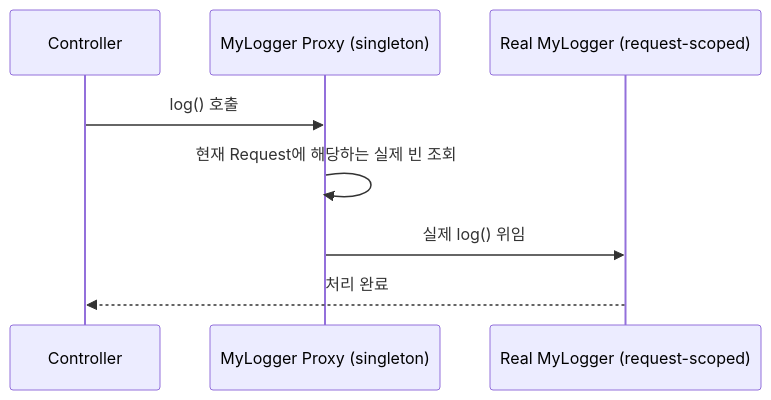
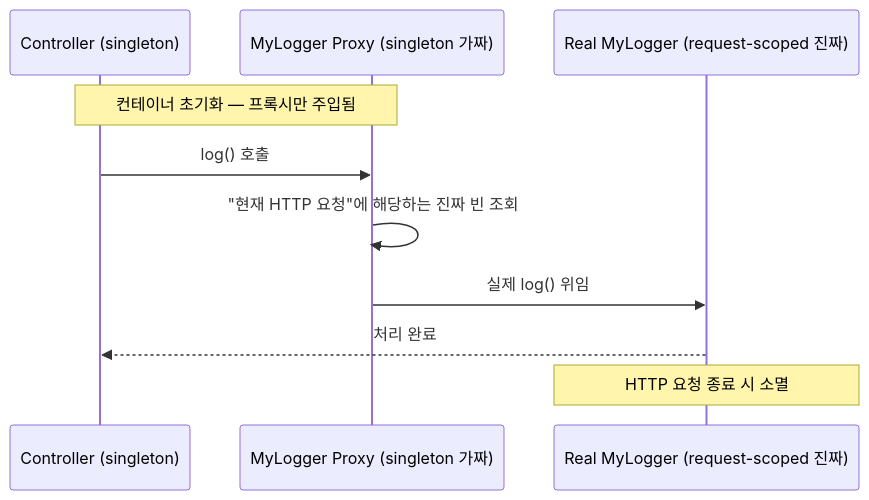
The tenth of 13 diagrams in _posts/spring/2026-05-02-spring-core-basic.md (yjkim2015/yjkim2015.github.io), drawn with Mermaid before and after one commit. The commit also changed other lines of this file and 32 other files, not shown here.

````diff
--- a/_posts/spring/2026-05-02-spring-core-basic.md
+++ b/_posts/spring/2026-05-02-spring-core-basic.md
@@ -671,11 +761,13 @@
 ```mermaid
 sequenceDiagram
-    participant C as Controller
-    participant P as MyLogger Proxy (singleton)
-    participant R as Real MyLogger (request-scoped)
+    participant C as Controller (singleton)
+    participant P as MyLogger Proxy (singleton 가짜)
+    participant R as Real MyLogger (request-scoped 진짜)
 
+    Note over C,P: 컨테이너 초기화 — 프록시만 주입됨
     C->>P: log() 호출
-    P->>P: 현재 Request에 해당하는 실제 빈 조회
+    P->>P: "현재 HTTP 요청"에 해당하는 진짜 빈 조회
     P->>R: 실제 log() 위임
     R-->>C: 처리 완료
+    Note over R: HTTP 요청 종료 시 소멸
 ```
````
